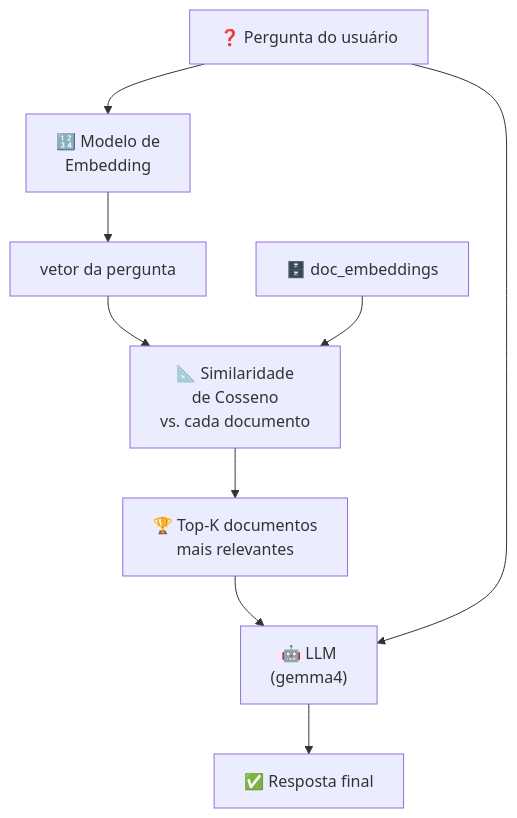
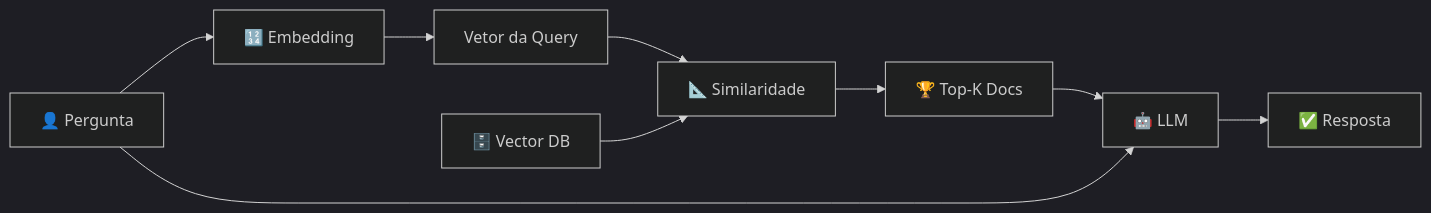
The second of 5 diagrams in README.md (z4l1nux/naive-rag), drawn with Mermaid before and after one commit. The commit also changed other lines of this file, not shown here.

Commit message:
fix: change mermaid

````diff
--- a/README.md
+++ b/README.md
@@ -58,11 +64,15 @@
 ```mermaid
-flowchart TD
-    P["❓ Pergunta do usuário"] --> E["🔢 Modelo de\nEmbedding"]
-    E --> QV["vetor da pergunta"]
-    QV --> S["📐 Similaridade\nde Cosseno\nvs. cada documento"]
-    DB["🗄️ doc_embeddings"] --> S
-    S --> R["🏆 Top-K documentos\nmais relevantes"]
-    R --> G["🤖 LLM\n(gemma4)"]
-    P --> G
-    G --> A["✅ Resposta final"]
+%%{init: {'theme': 'dark'}}%%
+flowchart LR
+    U["👤 Pergunta"] --> E["🔢 Embedding"]
+    E --> V["Vetor da Query"]
+
+    V --> S["📐 Similaridade"]
+    DB["🗄️ Vector DB"] --> S
+
+    S --> K["🏆 Top-K Docs"]
+    K --> LLM["🤖 LLM"]
+
+    U --> LLM
+    LLM --> R["✅ Resposta"]
 ```
````
